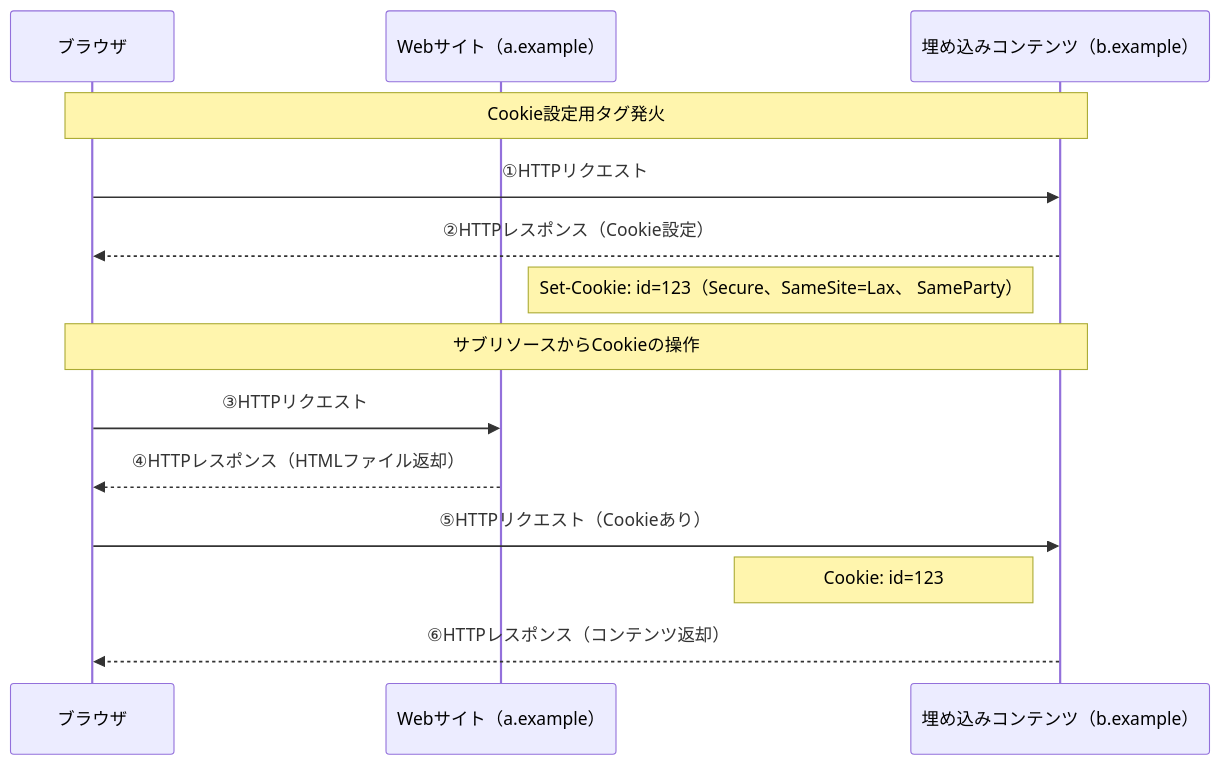
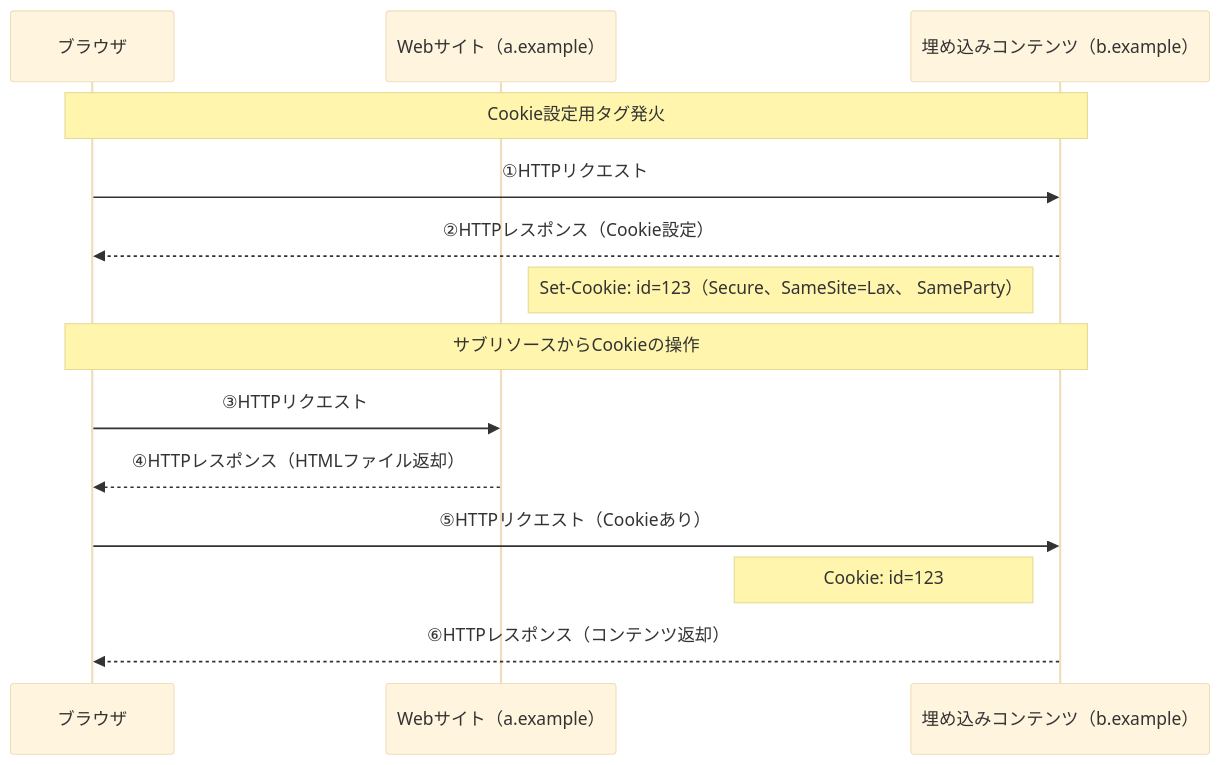
The second of 2 diagrams in first-party-sets/sequence.md (hi-bridge-9/privacy-sandbox), drawn with Mermaid before and after one commit.

Commit message:
style: シーケンス図のテーマを変更

````diff
--- a/first-party-sets/sequence.md
+++ b/first-party-sets/sequence.md
@@ -31,19 +31,20 @@
 ```mermaid
+%%{init:{'theme':'base'}}%%
 sequenceDiagram
 
     participant A as ブラウザ
     participant B as Webサイト（a.example）
     participant C as 埋め込みコンテンツ（b.example）
 
     Note over A, C: Cookie設定用タグ発火
     A->>C: ①HTTPリクエスト
     C-->>A: ②HTTPレスポンス（Cookie設定）
     Note left of C: Set-Cookie: id=123（Secure、SameSite=Lax、 SameParty）
 
     Note over A, C: サブリソースからCookieの操作
     A->>B: ③HTTPリクエスト
     B-->>A: ④HTTPレスポンス（HTMLファイル返却）
     A->>C: ⑤HTTPリクエスト（Cookieあり）
     Note left of C: Cookie: id=123
     C-->>A: ⑥HTTPレスポンス（コンテンツ返却）
 ```
````
